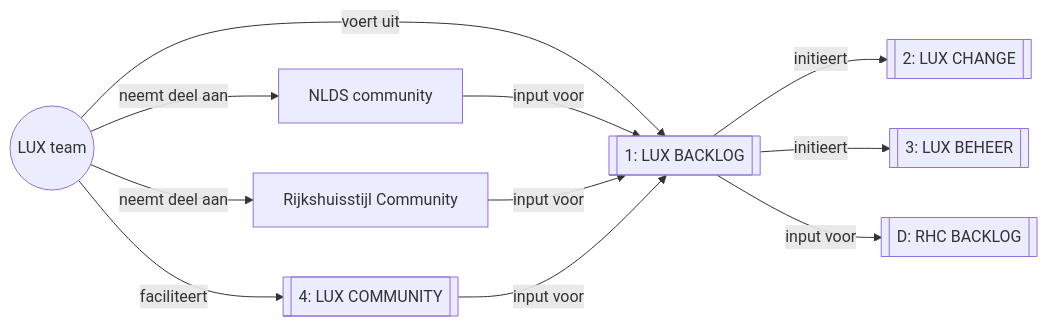
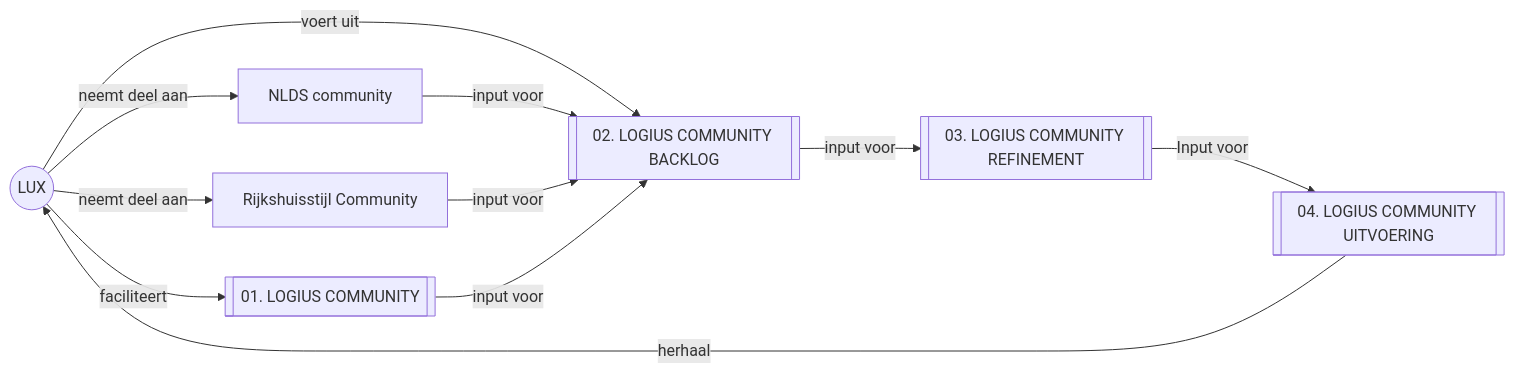
One commit to nl-design-system/lux changed the first of 4 diagrams in PROCESSES.md. Above: the diagram before and after it, drawn with Mermaid. The commit also changed other lines of this file, not shown here.

````diff
--- a/PROCESSES.md
+++ b/PROCESSES.md
@@ -8,25 +8,24 @@
 ```mermaid
 flowchart LR
 
-A@{shape: circle, label: "LUX team"}
+A@{shape: circle, label: "LUX"}
 B[NLDS community]
 C[Rijkshuisstijl Community]
-D@{shape: fr-rect, label: "4: LUX COMMUNITY"}
-E@{shape: fr-rect, label: "1: LUX BACKLOG"}
-F@{shape: fr-rect, label: "2: LUX CHANGE"}
-G@{shape: fr-rect, label: "3: LUX BEHEER"}
-H@{shape: fr-rect, label: "D: RHC BACKLOG"}
+D@{shape: fr-rect, label: "01. LOGIUS COMMUNITY"}
+E@{shape: fr-rect, label: "02. LOGIUS COMMUNITY BACKLOG"}
+F@{shape: fr-rect, label: "03. LOGIUS COMMUNITY REFINEMENT"}
+G@{shape: fr-rect, label: "04. LOGIUS COMMUNITY UITVOERING"}
 
 A-->|neemt deel aan|B
 A-->|neemt deel aan|C
 A-->|faciliteert|D
 A-->|voert uit|E
 
 B-->|input voor|E
 C-->|input voor|E
 D-->|input voor|E
 
-E-->|initieert|F
-E-->|initieert|G
-E-->|input voor|H
+E-->|input voor|F
+F-->|Input voor|G
+G-->|herhaal|A
 ```
````
